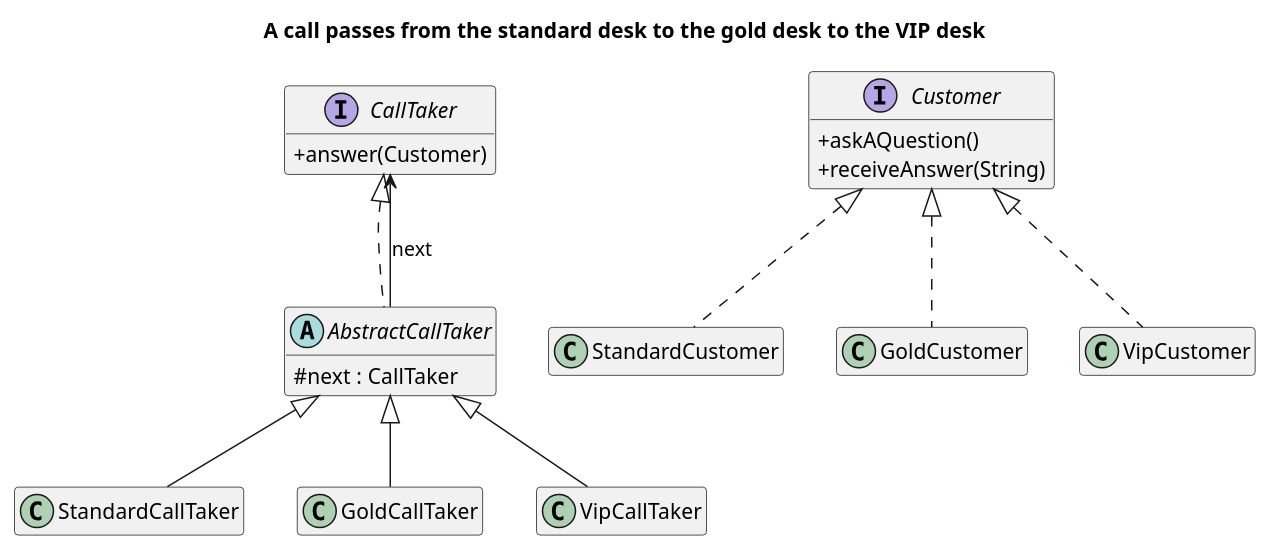
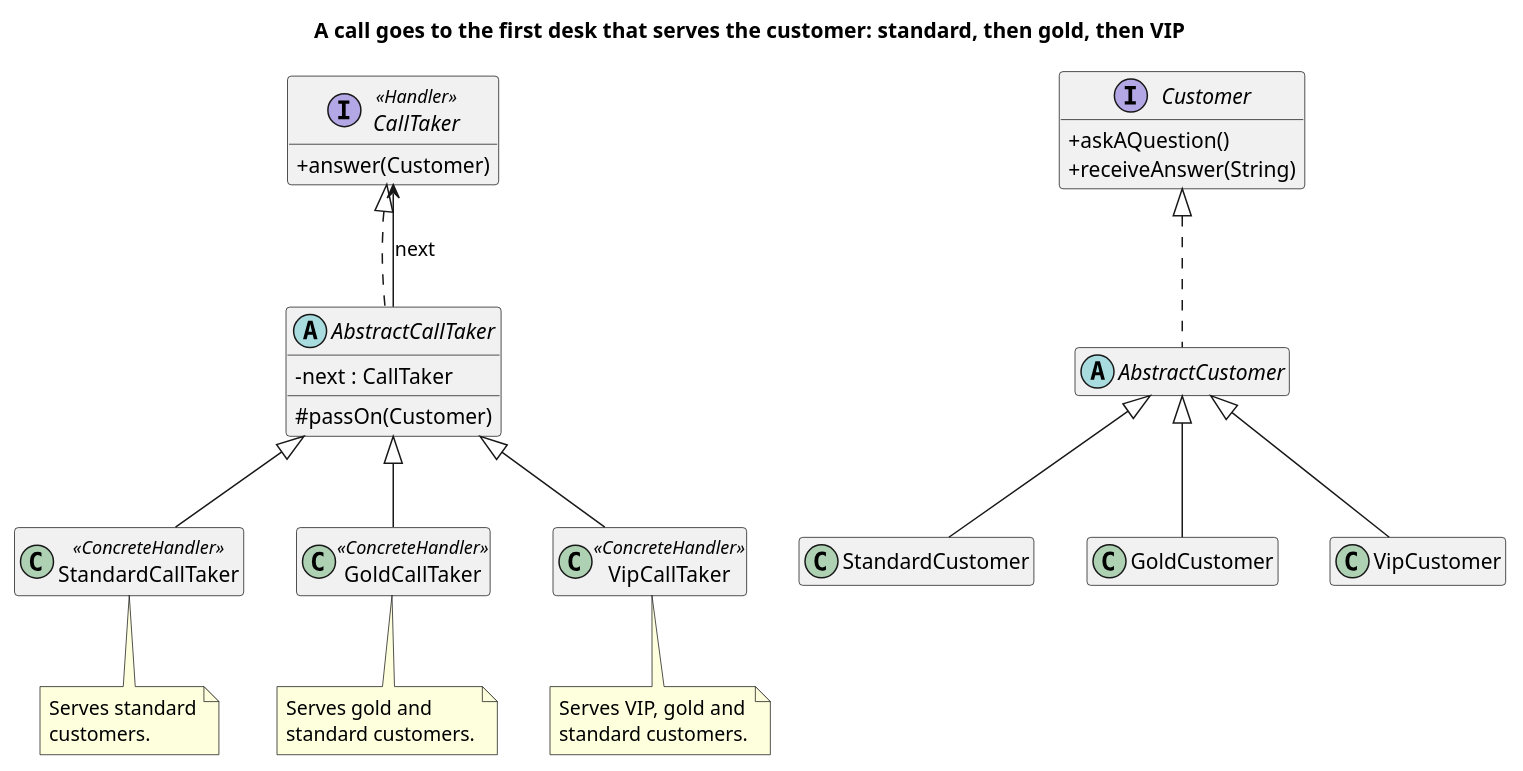
The diagram in src/main/java/dev/kaldiroglu/dp/behavioral/chainOfResponsibility/callCenter/uml/Chain of Responsibility - Call Center - Class Diagram.puml (kaldiroglu/DesignPatternsWithJava), drawn with PlantUML before and after one commit. The commit also changed 15 other files, not shown here.

First line of the commit message:
callCenter: a higher desk also serves lower customers, so the order of the desks matters

```diff
--- a/src/main/java/dev/kaldiroglu/dp/behavioral/chainOfResponsibility/callCenter/uml/Chain of Responsibility - Call Center - Class Diagram.puml
+++ b/src/main/java/dev/kaldiroglu/dp/behavioral/chainOfResponsibility/callCenter/uml/Chain of Responsibility - Call Center - Class Diagram.puml
@@ -1,29 +1,44 @@
 @startuml "Chain of Responsibility - Call Center - Class Diagram"
 skinparam classAttributeIconSize 0
 hide empty members
-title A call passes from the standard desk to the gold desk to the VIP desk
-interface CallTaker {
+title A call goes to the first desk that serves the customer: standard, then gold, then VIP
+interface CallTaker <<Handler>> {
   + answer(Customer)
 }
 abstract class AbstractCallTaker {
-  # next : CallTaker
+  - next : CallTaker
+  # passOn(Customer)
 }
-class StandardCallTaker
-class GoldCallTaker
-class VipCallTaker
+class StandardCallTaker <<ConcreteHandler>>
+class GoldCallTaker <<ConcreteHandler>>
+class VipCallTaker <<ConcreteHandler>>
+note bottom of StandardCallTaker
+  Serves standard
+  customers.
+end note
+note bottom of GoldCallTaker
+  Serves gold and
+  standard customers.
+end note
+note bottom of VipCallTaker
+  Serves VIP, gold and
+  standard customers.
+end note
 interface Customer {
   + askAQuestion()
   + receiveAnswer(String)
 }
+abstract class AbstractCustomer
 class StandardCustomer
 class GoldCustomer
 class VipCustomer
 CallTaker <|.. AbstractCallTaker
 AbstractCallTaker <|-- StandardCallTaker
 AbstractCallTaker <|-- GoldCallTaker
 AbstractCallTaker <|-- VipCallTaker
 AbstractCallTaker --> CallTaker : next
-Customer <|.. StandardCustomer
-Customer <|.. GoldCustomer
-Customer <|.. VipCustomer
+Customer <|.. AbstractCustomer
+AbstractCustomer <|-- StandardCustomer
+AbstractCustomer <|-- GoldCustomer
+AbstractCustomer <|-- VipCustomer
 @enduml
```
